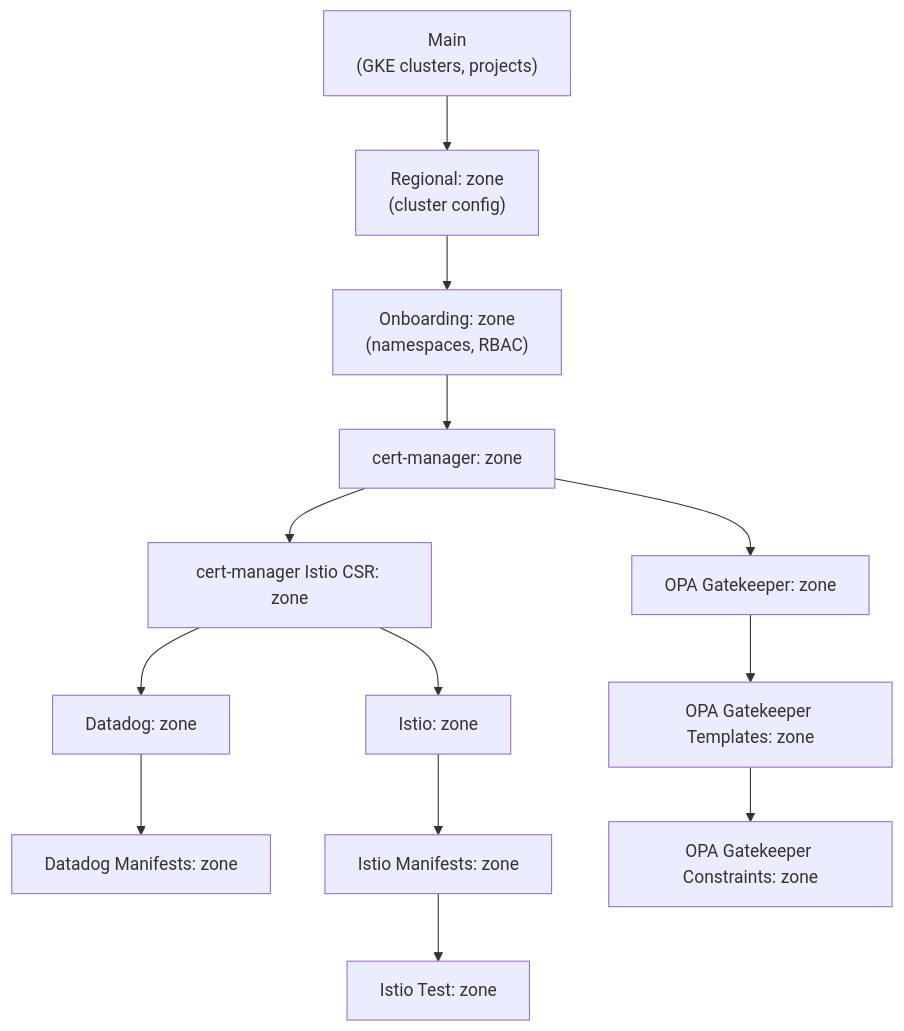
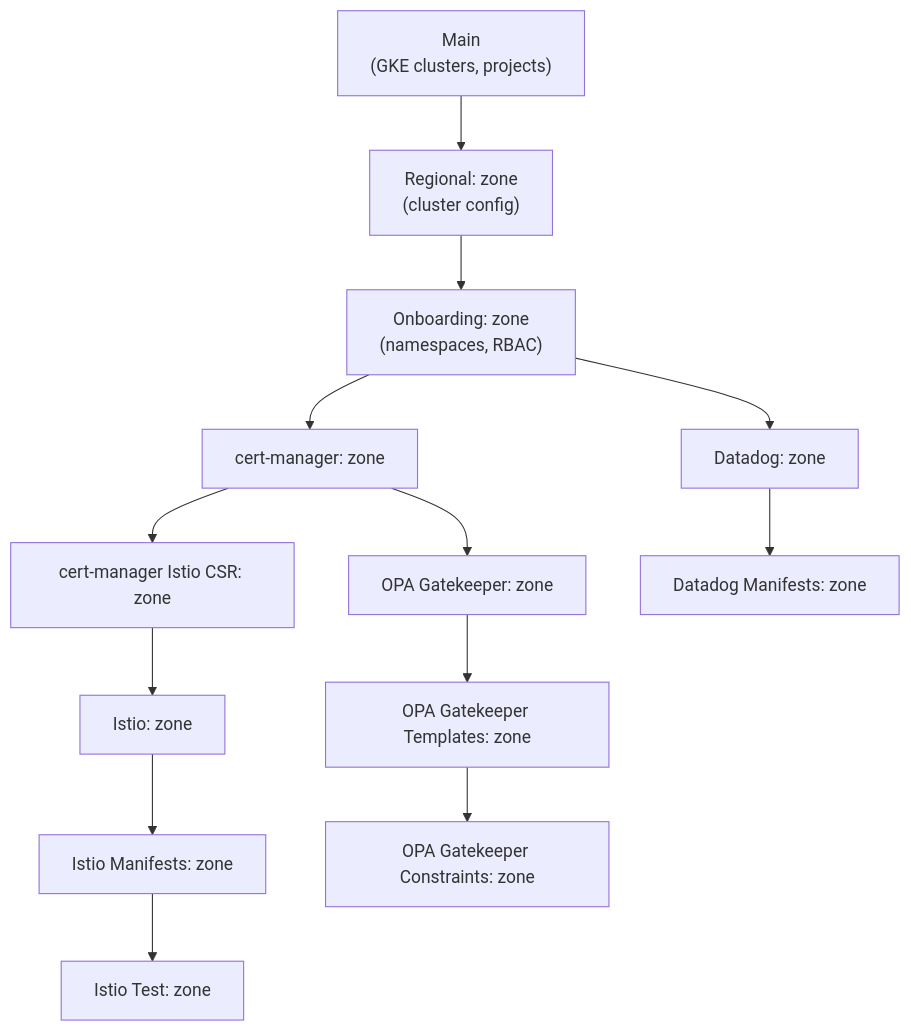
Before and after one commit to osinfra-io/pt-pneuma: the diagram in README.md, drawn with Mermaid. The commit also changed 3 other files, not shown here.

First line of the commit message:
Fix Datadog workflow dependency: onboarding not cert-manager Istio CSR

````diff
--- a/README.md
+++ b/README.md
@@ -34,21 +34,22 @@
 ```mermaid
 flowchart TD
     main["Main\n(GKE clusters, projects)"]
 
     main --> zone["Regional: zone\n(cluster config)"]
     zone --> onboarding["Onboarding: zone\n(namespaces, RBAC)"]
     onboarding --> cert_manager["cert-manager: zone"]
 
     cert_manager --> cert_manager_istio_csr["cert-manager Istio CSR: zone"]
     cert_manager --> opa_gatekeeper["OPA Gatekeeper: zone"]
 
-    cert_manager_istio_csr --> datadog["Datadog: zone"]
     cert_manager_istio_csr --> istio["Istio: zone"]
+
+    onboarding --> datadog["Datadog: zone"]
 
     datadog --> datadog_manifests["Datadog Manifests: zone"]
     istio --> istio_manifests["Istio Manifests: zone"]
     istio_manifests --> istio_test["Istio Test: zone"]
 
     opa_gatekeeper --> opa_gatekeeper_templates["OPA Gatekeeper Templates: zone"]
     opa_gatekeeper_templates --> opa_gatekeeper_constraints["OPA Gatekeeper Constraints: zone"]
 ```
````
